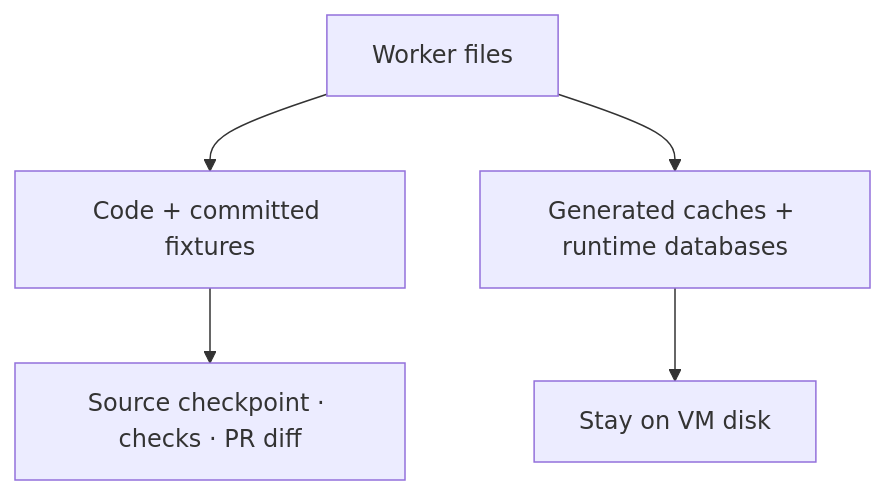
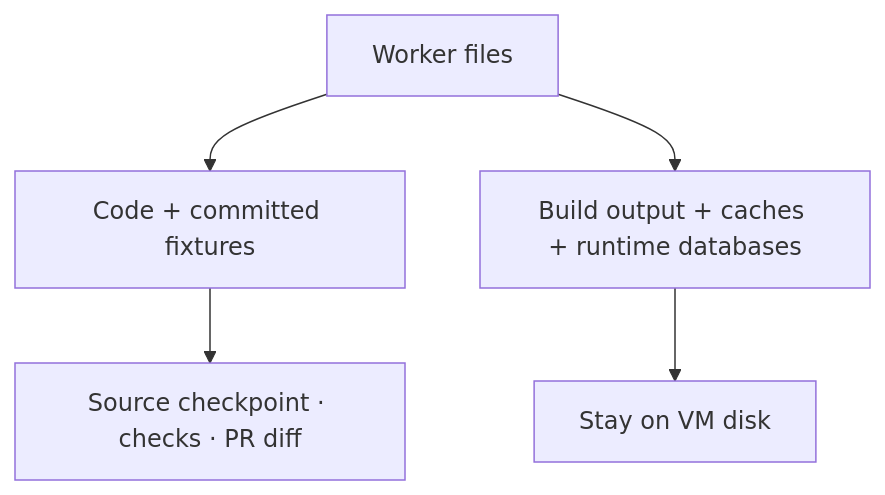
The second of 6 diagrams in docs/execution.md (minimumeffort-dev/sprowt.harness), drawn with Mermaid before and after one commit. The commit also changed other lines of this file and 3 other files, not shown here.

Commit message:
Exclude generated dist output from source checkpoints

````diff
--- a/docs/execution.md
+++ b/docs/execution.md
@@ -42,7 +42,7 @@
 ```mermaid
 flowchart TB
     files["Worker files"] --> source["Code + committed fixtures"]
-    files --> runtime["Generated caches + runtime databases"]
+    files --> runtime["Build output + caches + runtime databases"]
     source --> checkpoint["Source checkpoint · checks · PR diff"]
     runtime --> disk["Stay on VM disk"]
 ```
````
